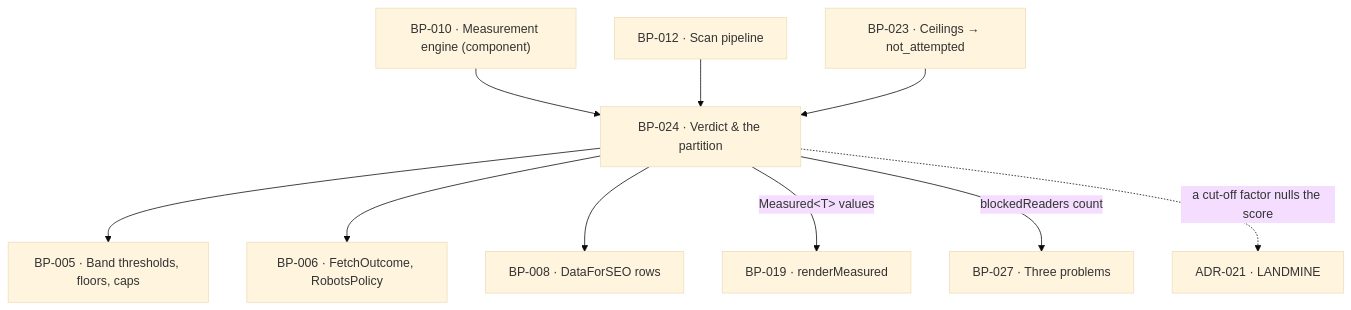
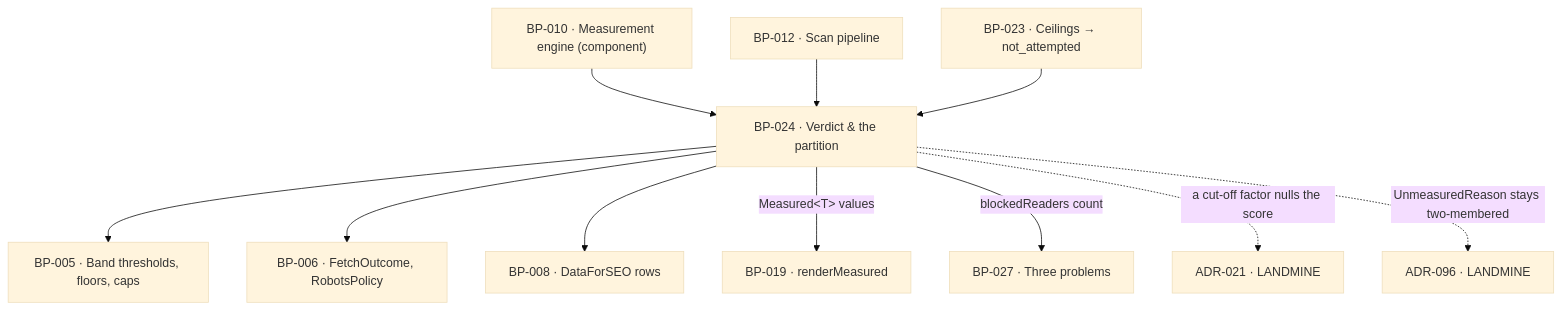
Before and after one commit to tim-clifford6991/reachkitv3: the diagram in sdlc-factory/docs/blueprints/BP-024.md, drawn with Mermaid (base theme). The commit also changed other lines of this file and 11 other files, not shown here.

````diff
--- a/sdlc-factory/docs/blueprints/BP-024.md
+++ b/sdlc-factory/docs/blueprints/BP-024.md
@@ -53,12 +53,13 @@
 ```mermaid
 graph TD
   BP010["BP-010 · Measurement engine (component)"] --> BP024["BP-024 · Verdict & the partition"]
   BP024 --> BP005["BP-005 · Band thresholds, floors, caps"]
   BP024 --> BP006["BP-006 · FetchOutcome, RobotsPolicy"]
   BP024 --> BP008["BP-008 · DataForSEO rows"]
   BP012["BP-012 · Scan pipeline"] --> BP024
   BP023["BP-023 · Ceilings → not_attempted"] --> BP024
   BP024 -->|"Measured&lt;T&gt; values"| BP019["BP-019 · renderMeasured"]
   BP024 -->|"blockedReaders count"| BP027["BP-027 · Three problems"]
   BP024 -.->|"a cut-off factor nulls the score"| ADR021["ADR-021 · LANDMINE"]
+  BP024 -.->|"UnmeasuredReason stays two-membered"| ADR096["ADR-096 · LANDMINE"]
 ```
````
